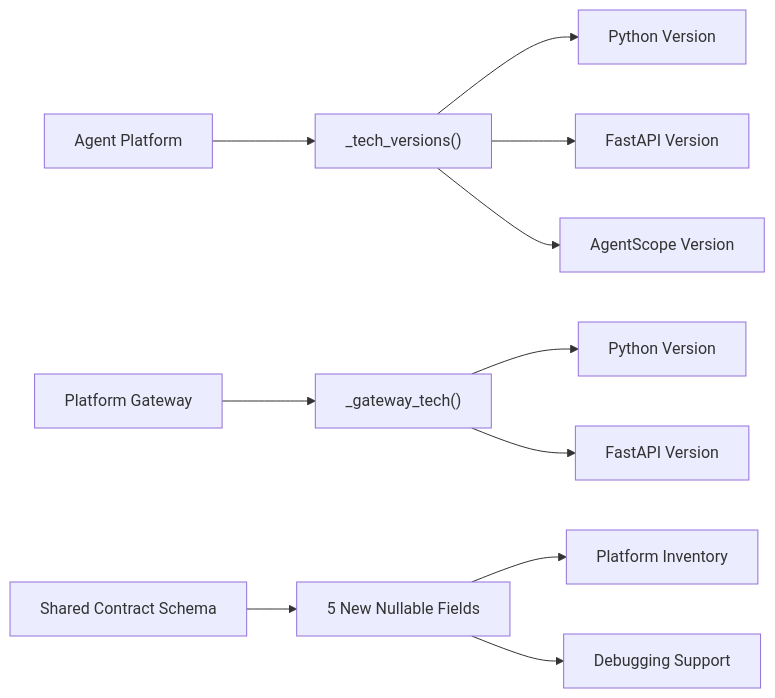
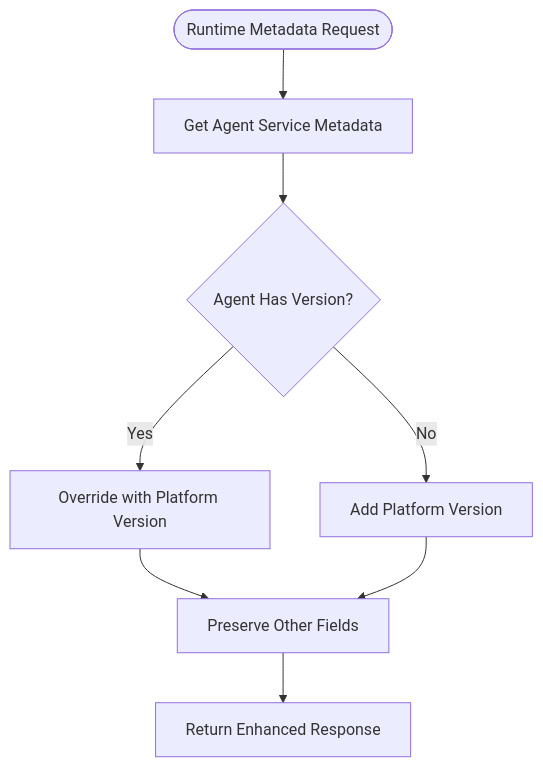
Before and after one commit to metasync/luban-aiops: the tenth of 11 diagrams in .qoder/repowiki/en/content/API Reference/Agent Platform API/Health & Monitoring API.md, drawn with Mermaid. The commit also changed other lines of this file and 5 other files, not shown here.

````diff
--- a/.qoder/repowiki/en/content/API Reference/Agent Platform API/Health & Monitoring API.md
+++ b/.qoder/repowiki/en/content/API Reference/Agent Platform API/Health & Monitoring API.md
@@ -534,13 +544,10 @@
 ```mermaid
-flowchart LR
-AgentPlatform["Agent Platform"] --> TechVersions["_tech_versions()"]
-TechVersions --> Python["Python Version"]
-TechVersions --> FastAPI["FastAPI Version"]
-TechVersions --> AgentScope["AgentScope Version"]
-PlatformGateway["Platform Gateway"] --> GatewayTech["_gateway_tech()"]
-GatewayTech --> Python2["Python Version"]
-GatewayTech --> FastAPI2["FastAPI Version"]
-Schema["Shared Contract Schema"] --> NullableFields["5 New Nullable Fields"]
-NullableFields --> Inventory["Platform Inventory"]
-NullableFields --> Debugging["Debugging Support"]
+flowchart TD
+Start(["Runtime Metadata Request"]) --> GetAgent["Get Agent Service Metadata"]
+GetAgent --> CheckVersion{"Agent Has Version?"}
+CheckVersion --> |Yes| Override["Override with Platform Version"]
+CheckVersion --> |No| AddVersion["Add Platform Version"]
+Override --> PreserveOther["Preserve Other Fields"]
+AddVersion --> PreserveOther
+PreserveOther --> Return["Return Enhanced Response"]
 ```
````
